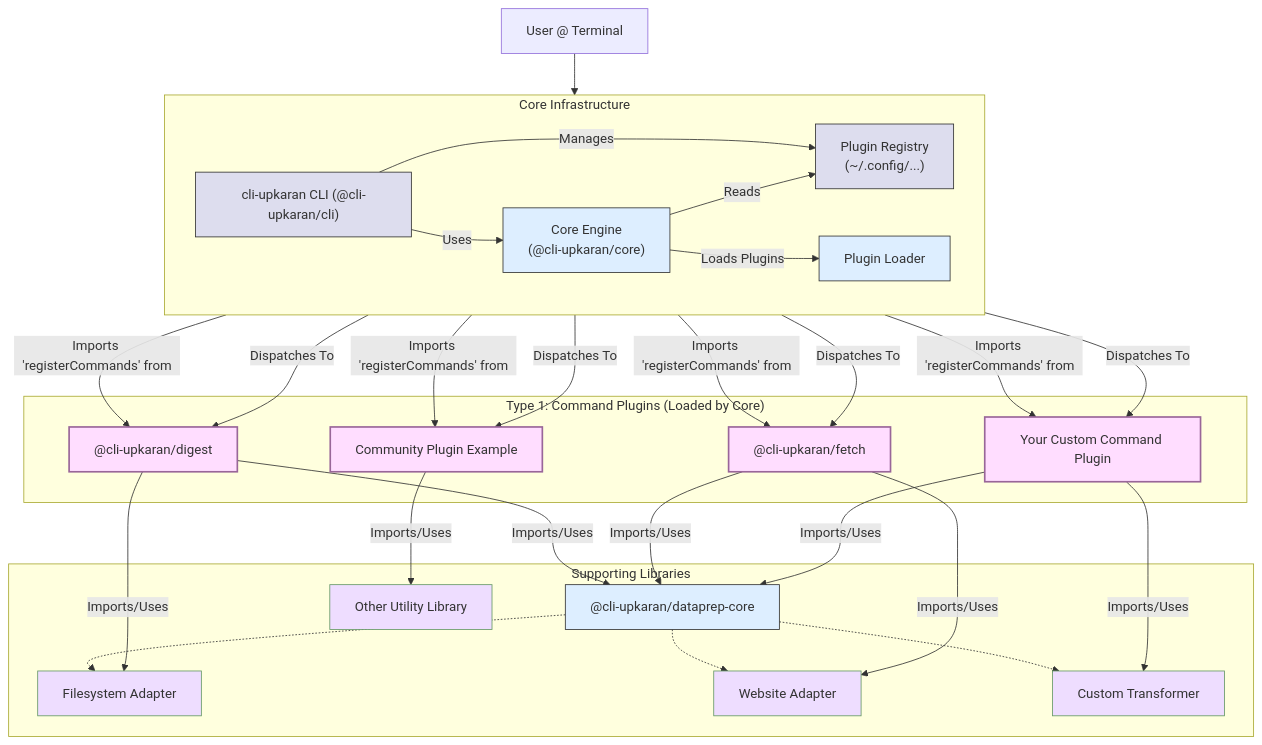
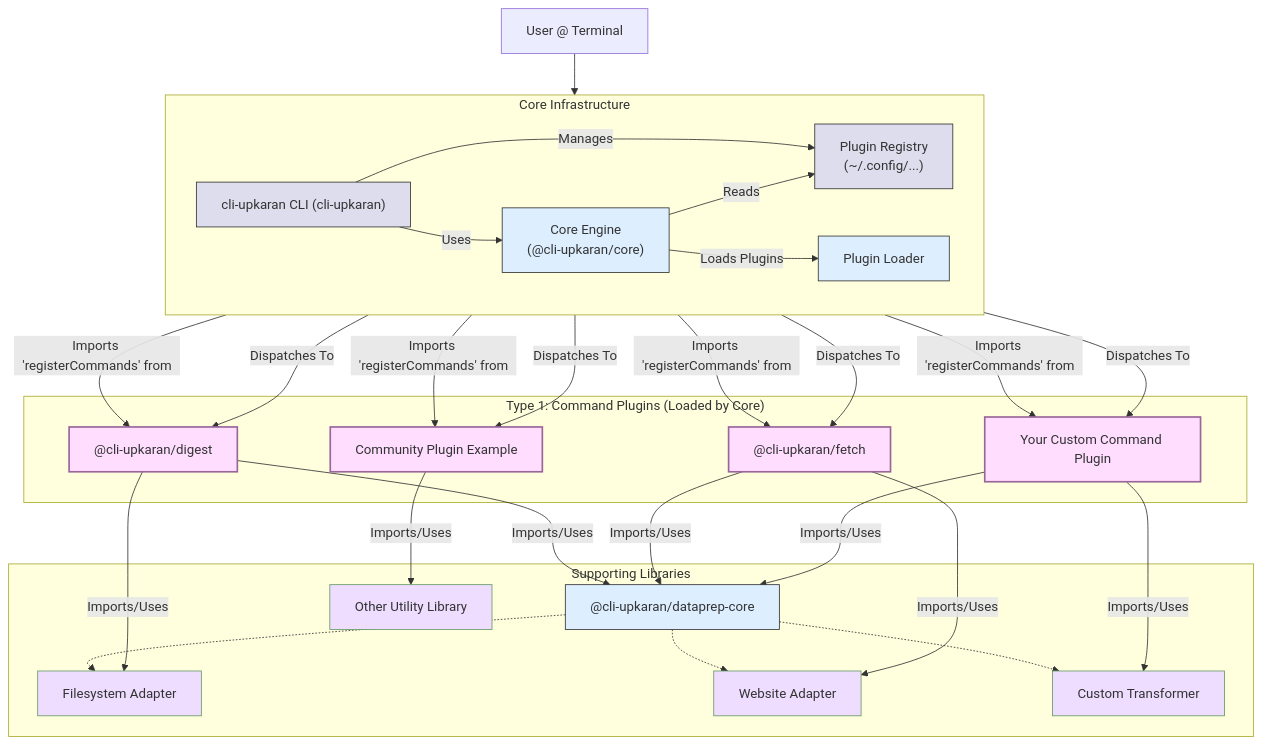
Before and after one commit to jagzmz/cli-upkaran: the diagram in README.md, drawn with Mermaid. The commit also changed other lines of this file and 11 other files, not shown here.

````diff
--- a/README.md
+++ b/README.md
@@ -16,69 +16,69 @@
 ```mermaid
 graph TD
-    A["User @ Terminal"] --> B["cli-upkaran CLI (@cli-upkaran/cli)"];
+    A["User @ Terminal"] --> B["cli-upkaran CLI (cli-upkaran)"];
 
     subgraph "Core Infrastructure"
         direction LR
         B -- Manages --> Reg["Plugin Registry<br/>(~/.config/...)"];
         B -- Uses --> Core["Core Engine<br/>(@cli-upkaran/core)"];
         Core -- Reads --> Reg;
         Core -- Loads Plugins --> Loader["Plugin Loader"];
     end
 
     subgraph "Type 1: Command Plugins (Loaded by Core)"
         CmdDigest["`@cli-upkaran/digest`"];
         CmdFetch["`@cli-upkaran/fetch`"];
         CmdCustom["Your Custom Command Plugin"];
         CmdCommunity["Community Plugin Example"];
 
         Loader -- Imports 'registerCommands' from --> CmdDigest;
         Loader -- Imports 'registerCommands' from --> CmdFetch;
         Loader -- Imports 'registerCommands' from --> CmdCustom;
         Loader -- Imports 'registerCommands' from --> CmdCommunity;
     end
 
     subgraph "Supporting Libraries"
          DataPrep["@cli-upkaran/dataprep-core"];
          AdapterFS["Filesystem Adapter"];
          AdapterWeb["Website Adapter"];
          TransformerX["Custom Transformer"];
          LibOther["Other Utility Library"];
 
          %% Show DataPrep providing interfaces/structure
          DataPrep -.-> AdapterFS;
          DataPrep -.-> AdapterWeb;
          DataPrep -.-> TransformerX;
     end
 
     %% Show CLI dispatching to loaded command plugins
     B -- Dispatches To --> CmdDigest;
     B -- Dispatches To --> CmdFetch;
     B -- Dispatches To --> CmdCustom;
     B -- Dispatches To --> CmdCommunity;
 
     %% Show Command Plugins using Supporting Libraries
     CmdDigest -- Imports/Uses --> DataPrep;
     CmdDigest -- Imports/Uses --> AdapterFS;
     CmdFetch -- Imports/Uses --> DataPrep;
     CmdFetch -- Imports/Uses --> AdapterWeb;
     %% Example: Custom command using DataPrep core
     CmdCustom -- Imports/Uses --> DataPrep;
     %% Example: Custom command using a custom transformer
     CmdCustom -- Imports/Uses --> TransformerX;
     %% Example: Community plugin using another utility library
     CmdCommunity -- Imports/Uses --> LibOther;
 
 
     %% Styling Definitions
     classDef core fill:#def,stroke:#333;
     class Core,Loader,DataPrep core;
 
     classDef cli fill:#dde,stroke:#333;
     class B,Reg cli;
 
     classDef plugin fill:#fdf,stroke:#969,stroke-width:2px;
     class CmdDigest,CmdFetch,CmdCustom,CmdCommunity plugin;
 
     classDef support fill:#edf,stroke:#696,stroke-width:1px;
     class AdapterFS,AdapterWeb,TransformerX,LibOther support;
 ```
````
